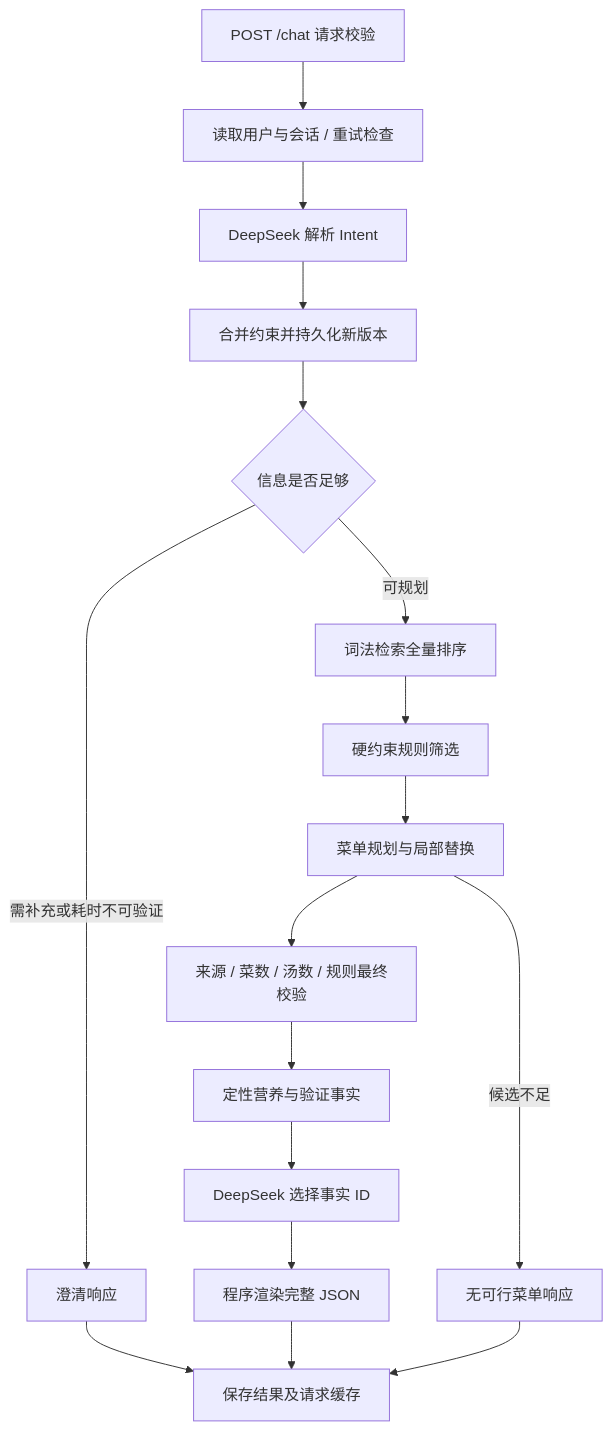
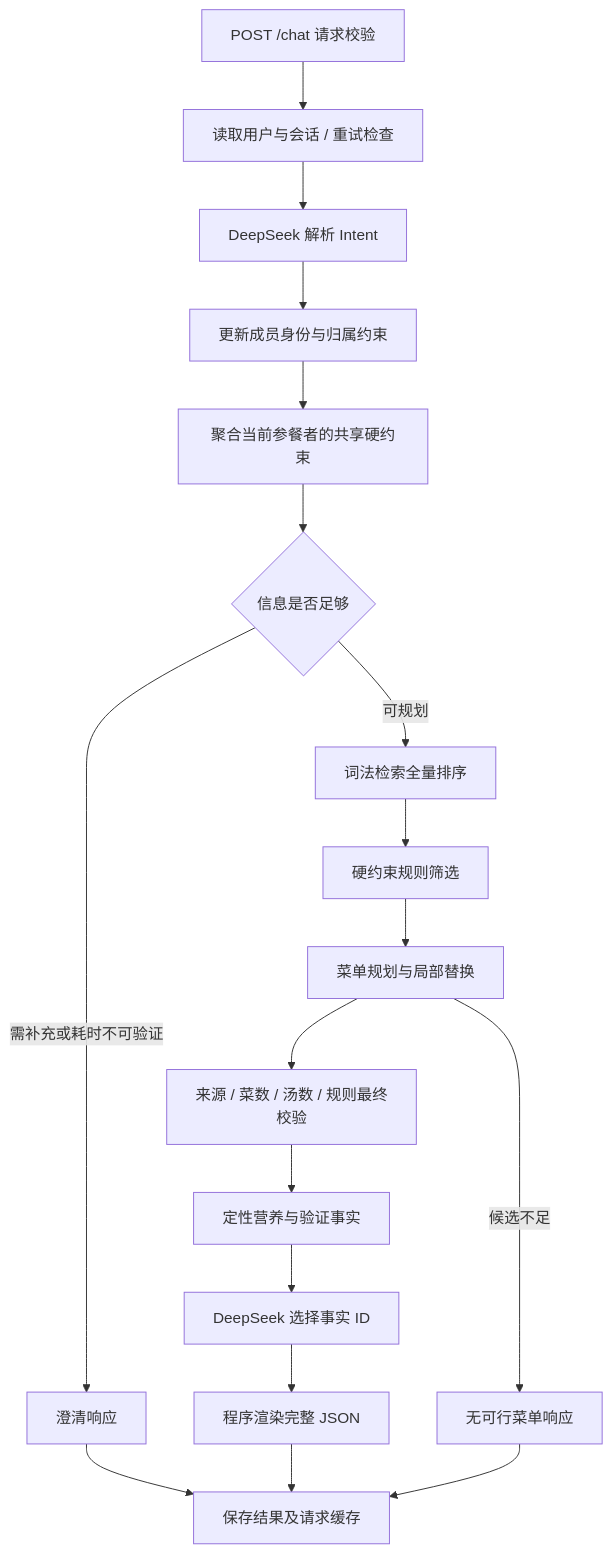
Before and after one commit to CoirRaincoat/DietAgent: the diagram in docs/ARCHITECTURE.md, drawn with Mermaid. The commit also changed other lines of this file and 11 other files, not shown here.

````diff
--- a/docs/ARCHITECTURE.md
+++ b/docs/ARCHITECTURE.md
@@ -7,19 +7,20 @@
 ```mermaid
 flowchart TD
     A[POST /chat 请求校验] --> B[读取用户与会话 / 重试检查]
     B --> C[DeepSeek 解析 Intent]
-    C --> D[合并约束并持久化新版本]
-    D --> E{信息是否足够}
+    C --> D[更新成员身份与归属约束]
+    D --> D2[聚合当前参餐者的共享硬约束]
+    D2 --> E{信息是否足够}
     E -->|需补充或耗时不可验证| F[澄清响应]
     E -->|可规划| G[词法检索全量排序]
     G --> H[硬约束规则筛选]
     H --> I[菜单规划与局部替换]
     I --> J[来源 / 菜数 / 汤数 / 规则最终校验]
     J --> K[定性营养与验证事实]
     K --> L[DeepSeek 选择事实 ID]
     L --> M[程序渲染完整 JSON]
     F --> N[保存结果及请求缓存]
     M --> N
     I -->|候选不足| O[无可行菜单响应]
     O --> N
 ```
````
